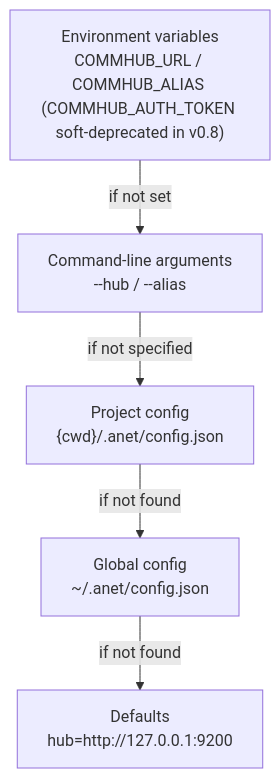
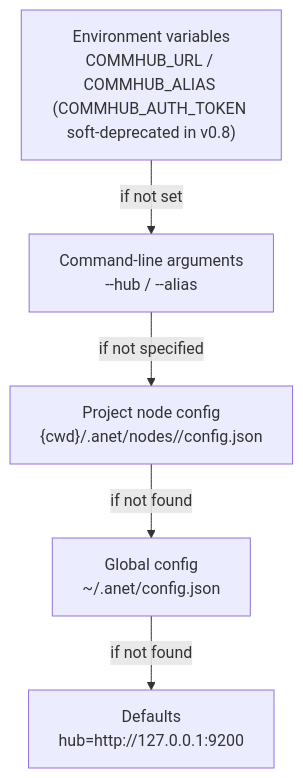
Before and after one commit to sleep2agi/agent-network: the seventh of 7 diagrams in docs-site/docs/en/guide/architecture.md, drawn with Mermaid. The commit also changed other lines of this file and 1 other file, not shown here.

Commit message:
docs(round-524 / issue-10): docs-site architecture.md 项目配置 V2-stale schema 更新 — 旧 {cwd}/.anet/config.json {alias,type:claude-code} 是 V2 早期 2 字段格式，改为 v0.8 per-node 子目录 .anet/nodes/<alias>/config.json + 完整 schema（runtime:claude-code-cli 等）；docs/architecture.md 内部版早就 R222 校准过、docs-site 公开版漏了（ZH+EN）

````diff
--- a/docs-site/docs/en/guide/architecture.md
+++ b/docs-site/docs/en/guide/architecture.md
@@ -352,13 +352,13 @@
 ```mermaid
 flowchart TD
     A["Environment variables\nCOMMHUB_URL / COMMHUB_ALIAS (COMMHUB_AUTH_TOKEN soft-deprecated in v0.8)"]
     B["Command-line arguments\n--hub / --alias"]
-    C["Project config\n{cwd}/.anet/config.json"]
+    C["Project node config\n{cwd}/.anet/nodes/<alias>/config.json"]
     D["Global config\n~/.anet/config.json"]
     E["Defaults\nhub=http://127.0.0.1:9200"]
 
     A -->|if not set| B
     B -->|if not specified| C
     C -->|if not found| D
     D -->|if not found| E
 ```
````
